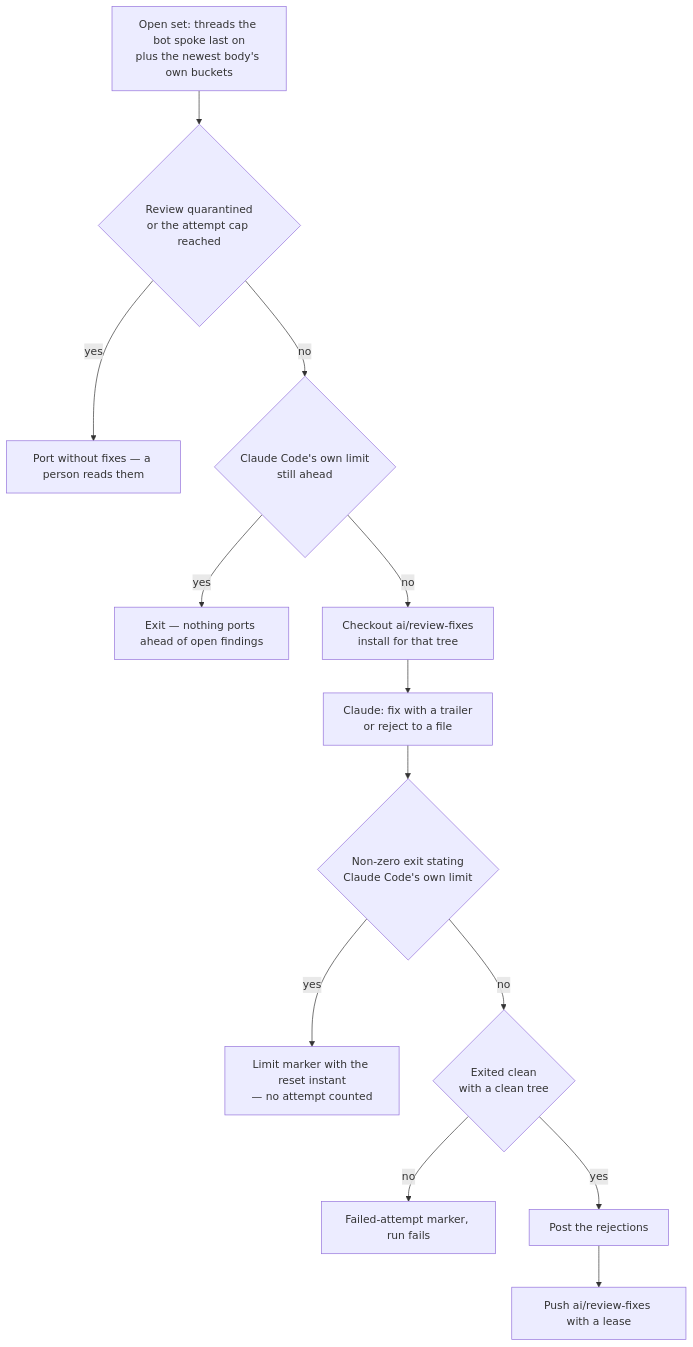
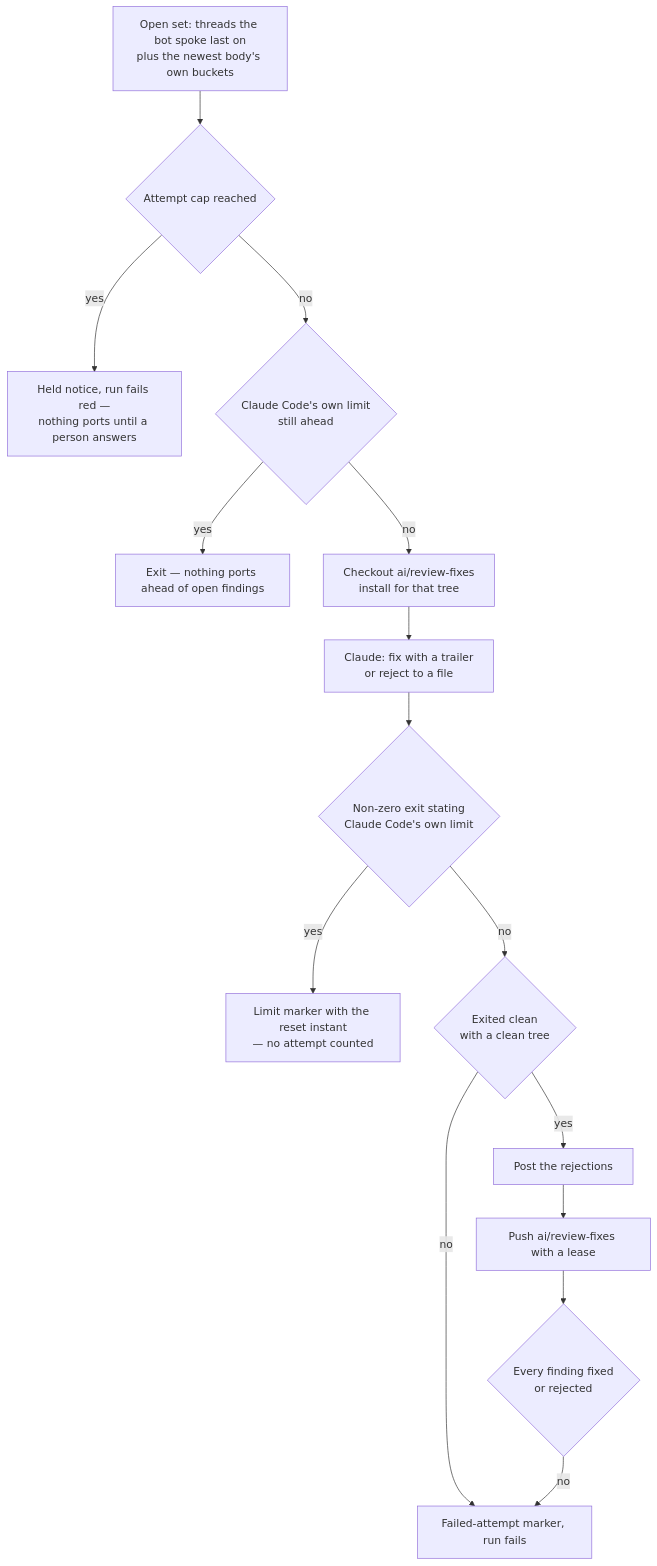
Before and after one commit to Esposter/Esposter: the diagram in apps/web/content/docs/infra/review-collector/drain.md, drawn with Mermaid. The commit also changed other lines of this file and 20 other files, not shown here.

First line of the commit message:
fix(coderabbit): a drain that fails holds every window instead of releasing over its findings

````diff
--- a/apps/web/content/docs/infra/review-collector/drain.md
+++ b/apps/web/content/docs/infra/review-collector/drain.md
@@ -10,14 +10,16 @@
 ```mermaid
 flowchart TD
-  O[Open set: threads the bot spoke last on<br/>plus the newest body's own buckets] --> Q{Review quarantined<br/>or the attempt cap reached}
-  Q -->|yes| P[Port without fixes — a person reads them]
+  O[Open set: threads the bot spoke last on<br/>plus the newest body's own buckets] --> Q{Attempt cap reached}
+  Q -->|yes| P[Held notice, run fails red —<br/>nothing ports until a person answers]
   Q -->|no| L{Claude Code's own limit<br/>still ahead}
   L -->|yes| X[Exit — nothing ports ahead of open findings]
   L -->|no| B[Checkout ai/review-fixes<br/>install for that tree]
   B --> C[Claude: fix with a trailer<br/>or reject to a file]
   C --> R{Non-zero exit stating<br/>Claude Code's own limit}
   R -->|yes| M[Limit marker with the reset instant<br/>— no attempt counted]
   R -->|no| E{Exited clean<br/>with a clean tree}
   E -->|no| F[Failed-attempt marker, run fails]
   E -->|yes| V[Post the rejections] --> PU[Push ai/review-fixes with a lease]
+  PU --> U{Every finding fixed<br/>or rejected}
+  U -->|no| F
 ```
````
